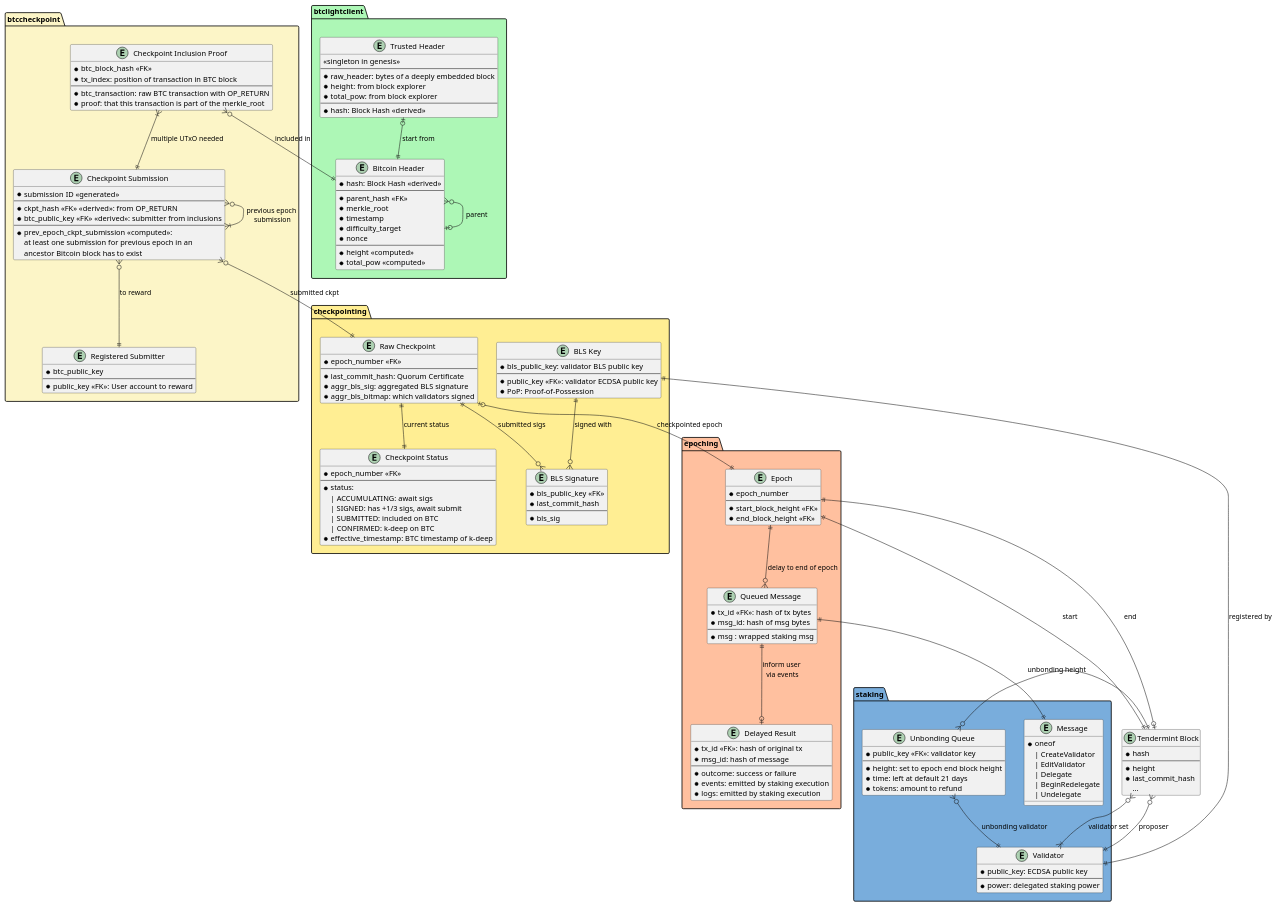
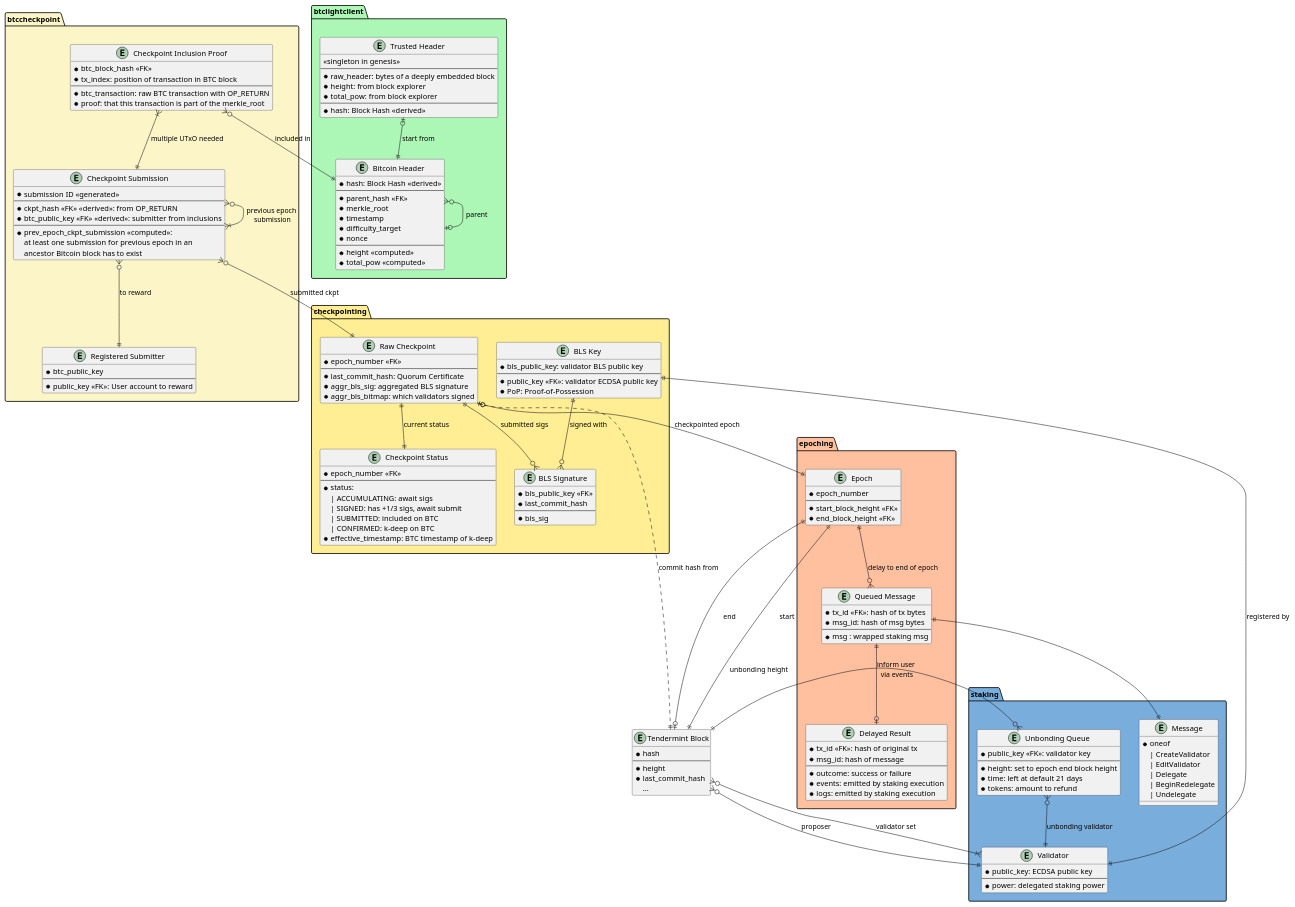
Before and after one commit to babylonchain/babylon: the diagram in docs/diagrams/database_schema.puml, drawn with PlantUML. The commit also changed 1 other file, not shown here.

Commit message:
BM-60: Reference last commit hash.

```diff
--- a/docs/diagrams/database_schema.puml
+++ b/docs/diagrams/database_schema.puml
@@ -2,177 +2,178 @@
 @startuml Database Schema
 
 entity "Tendermint Block" as block {
   * hash
   --
   * height
   * last_commit_hash
   ...
 }
 
 package "staking" #79ADDC {
   entity "Message" as staking_msg {
     * oneof
     | CreateValidator
     | EditValidator
     | Delegate
     | BeginRedelegate
     | Undelegate
   }
 
   entity "Validator" as validator {
     * public_key: ECDSA public key
     --
     * power: delegated staking power
   }
 
   entity "Unbonding Queue" as unbonding_queue {
     * public_key <<FK>>: validator key
     --
     * height: set to epoch end block height
     * time: left at default 21 days
     * tokens: amount to refund
   }
 }
 
 package "epoching" #FFC09F {
   entity "Epoch" as epoch {
     * epoch_number
     --
     * start_block_height <<FK>>
     * end_block_height <<FK>>
   }
   entity "Queued Message" as queued_msg {
     * tx_id <<FK>>: hash of tx bytes
     * msg_id: hash of msg bytes
     --
     * msg : wrapped staking msg
   }
   entity "Delayed Result" as delayed_result {
     * tx_id <<FK>>: hash of original tx
     * msg_id: hash of message
     --
     * outcome: success or failure
     * events: emitted by staking execution
     * logs: emitted by staking execution
   }
 }
 
 
 package "checkpointing" #FFEE93 {
   entity "Raw Checkpoint" as raw_ckpt {
     * epoch_number <<FK>>
     --
     * last_commit_hash: Quorum Certificate
     * aggr_bls_sig: aggregated BLS signature
     * aggr_bls_bitmap: which validators signed
   }
 
   entity "Checkpoint Status" as ckpt_status {
     * epoch_number <<FK>>
     --
     * status:
       | ACCUMULATING: await sigs
       | SIGNED: has +1/3 sigs, await submit
       | SUBMITTED: included on BTC
       | CONFIRMED: k-deep on BTC
     * effective_timestamp: BTC timestamp of k-deep
   }
 
   entity "BLS Key" as bls_key {
     * bls_public_key: validator BLS public key
     --
     * public_key <<FK>>: validator ECDSA public key
     * PoP: Proof-of-Possession
   }
 
   entity "BLS Signature" as bls_sig {
     * bls_public_key <<FK>>
     * last_commit_hash
     --
     * bls_sig
   }
 }
 
 package "btccheckpoint" #FCF5C7 {
   entity "Registered Submitter" as ckpt_submitter {
     * btc_public_key
     --
     * public_key <<FK>>: User account to reward
   }
 
   entity "Checkpoint Submission" as ckpt_submission {
     * submission ID <<generated>>
     --
     * ckpt_hash <<FK>> <<derived>>: from OP_RETURN
     * btc_public_key <<FK>> <<derived>>: submitter from inclusions
     --
     * prev_epoch_ckpt_submission <<computed>>:
       at least one submission for previous epoch in an
       ancestor Bitcoin block has to exist
   }
 
   entity "Checkpoint Inclusion Proof" as ckpt_inclusion {
     * btc_block_hash <<FK>>
     * tx_index: position of transaction in BTC block
     --
     * btc_transaction: raw BTC transaction with OP_RETURN
     * proof: that this transaction is part of the merkle_root
   }
 }
 
 package "btclightclient" #ADF7B6 {
   entity "Bitcoin Header" as btc_header {
     * hash: Block Hash <<derived>>
     --
     * parent_hash <<FK>>
     * merkle_root
     * timestamp
     * difficulty_target
     * nonce
     --
     * height <<computed>>
     * total_pow <<computed>>
   }
 
   entity "Trusted Header" as btc_trusted {
     <<singleton in genesis>>
     --
     * raw_header: bytes of a deeply embedded block
     * height: from block explorer
     * total_pow: from block explorer
     --
     * hash: Block Hash <<derived>>
   }
 }
 
 block }o--|{ validator : validator set
 block }o--|| validator : proposer
 
 epoch ||--o{ queued_msg : delay to end of epoch
 epoch ||--|| block : start
 epoch ||--o| block : end
 
 queued_msg ||--|| staking_msg
 queued_msg ||--o| delayed_result : inform user \nvia events
 
 unbonding_queue }o--|| block : unbonding height
 unbonding_queue }o--|| validator : unbonding validator
 
 raw_ckpt |o--|| epoch : checkpointed epoch
+raw_ckpt |o..|| block : commit hash from
 raw_ckpt ||--|| ckpt_status : current status
 raw_ckpt ||--o{ bls_sig : submitted sigs
 
 bls_key ||--o{ bls_sig : signed with
 bls_key ||--|| validator : registered by
 
 ckpt_submission }o--|| raw_ckpt : submitted ckpt
 ckpt_submission }o--|| ckpt_submitter : to reward
 ckpt_submission }o--|{ ckpt_submission : previous epoch\n submission
 
 ckpt_inclusion }|--|| ckpt_submission : multiple UTxO needed
 ckpt_inclusion }o--|| btc_header : included in
 
 btc_header }o--o| btc_header : parent
 btc_trusted |o--|| btc_header : start from
 
 @enduml
```
